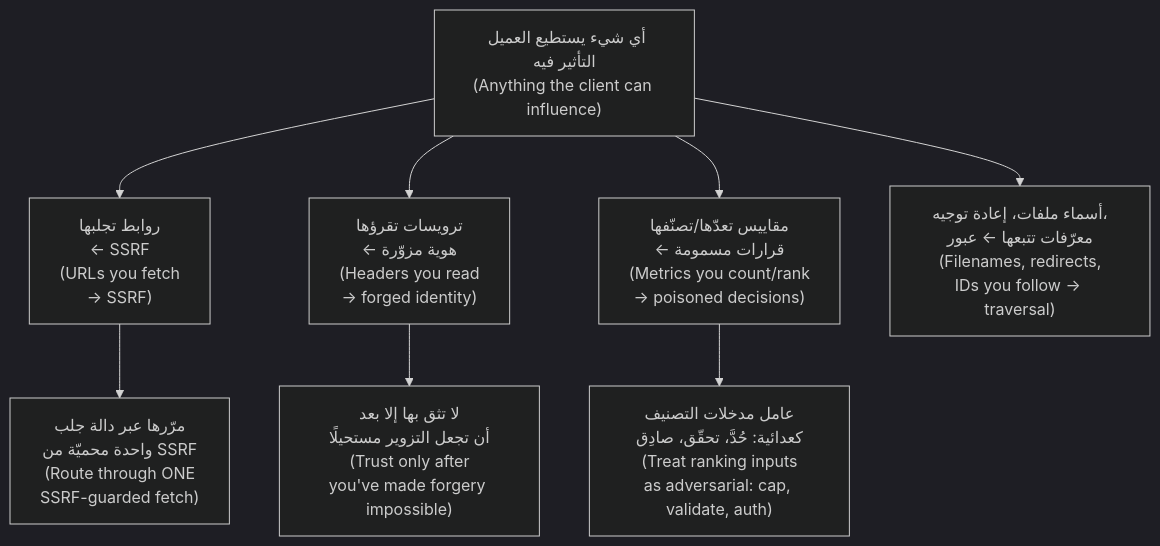
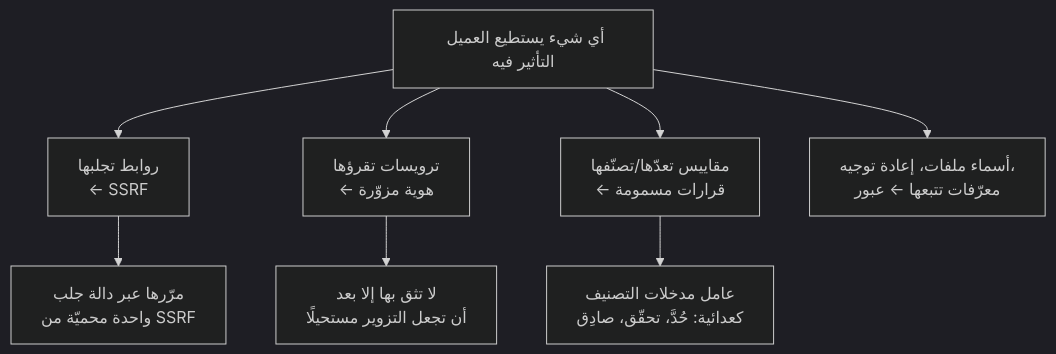
The fourth of 7 diagrams in modules/05-users-abuse/module.ar.md (Tamoura/system-design-for-vibe-coders), drawn with Mermaid (dark theme) before and after one commit. The commit also changed other lines of this file and 551 other files, not shown here.

````diff
--- a/modules/05-users-abuse/module.ar.md
+++ b/modules/05-users-abuse/module.ar.md
@@ -540,10 +540,10 @@
 ```mermaid
 flowchart TD
-    C["أي شيء يستطيع العميل التأثير فيه<br/>(Anything the client can influence)"] --> U["روابط تجلبها<br/>← SSRF<br/>(URLs you fetch<br/>→ SSRF)"]
-    C --> H["ترويسات تقرؤها<br/>← هوية مزوّرة<br/>(Headers you read<br/>→ forged identity)"]
-    C --> M["مقاييس تعدّها/تصنّفها<br/>← قرارات مسمومة<br/>(Metrics you count/rank<br/>→ poisoned decisions)"]
-    C --> F["أسماء ملفات، إعادة توجيه،<br/>معرّفات تتبعها ← عبور<br/>(Filenames, redirects,<br/>IDs you follow → traversal)"]
-    U --> G["مرّرها عبر دالة جلب<br/>واحدة محميّة من SSRF<br/>(Route through ONE<br/>SSRF-guarded fetch)"]
-    H --> G2["لا تثق بها إلا بعد<br/>أن تجعل التزوير مستحيلًا<br/>(Trust only after<br/>you've made forgery impossible)"]
-    M --> G3["عامل مدخلات التصنيف<br/>كعدائية: حُدَّ، تحقّق، صادِق<br/>(Treat ranking inputs<br/>as adversarial: cap, validate, auth)"]
+    C["أي شيء يستطيع العميل التأثير فيه"] --> U["روابط تجلبها<br/>← SSRF"]
+    C --> H["ترويسات تقرؤها<br/>← هوية مزوّرة"]
+    C --> M["مقاييس تعدّها/تصنّفها<br/>← قرارات مسمومة"]
+    C --> F["أسماء ملفات، إعادة توجيه،<br/>معرّفات تتبعها ← عبور"]
+    U --> G["مرّرها عبر دالة جلب<br/>واحدة محميّة من SSRF"]
+    H --> G2["لا تثق بها إلا بعد<br/>أن تجعل التزوير مستحيلًا"]
+    M --> G3["عامل مدخلات التصنيف<br/>كعدائية: حُدَّ، تحقّق، صادِق"]
 ```
````
